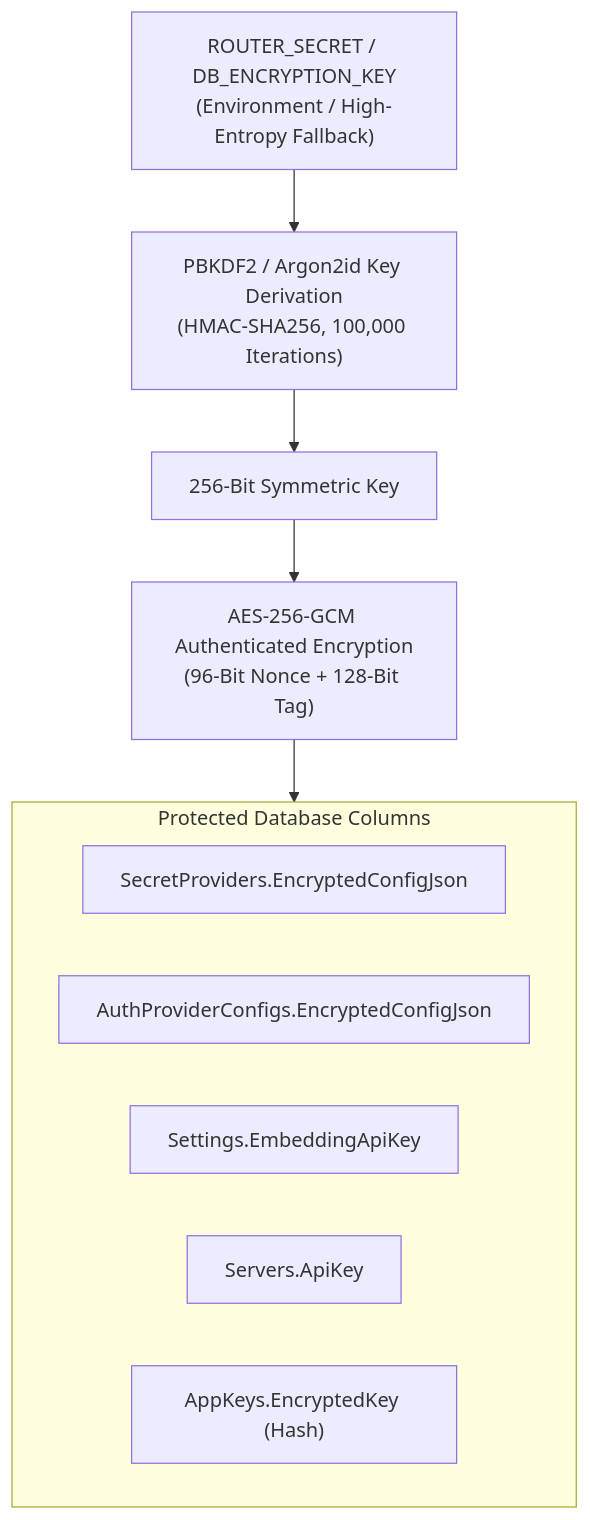
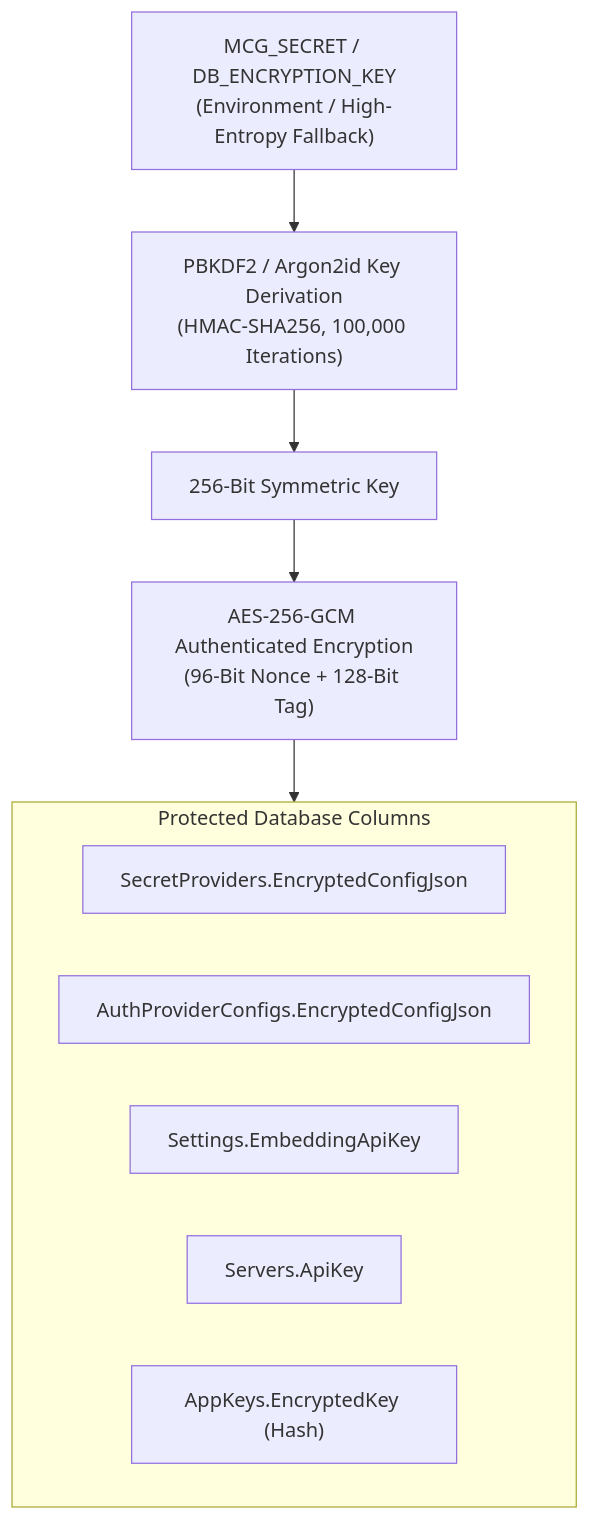
One commit to spelech/CSharp-MCP-Router changed the second of 2 diagrams in docs/data-model.md. Above: the diagram before and after it, drawn with Mermaid. The commit also changed 49 other files, not shown here.

Commit message:
refactor(config): remove legacy ROUTER_* fallbacks for clean v5.0.0 MCG_* cutover

````diff
--- a/docs/data-model.md
+++ b/docs/data-model.md
@@ -325,21 +325,21 @@
 ```mermaid
 graph TD
-    MasterKey["ROUTER_SECRET / DB_ENCRYPTION_KEY<br>(Environment / High-Entropy Fallback)"]
+    MasterKey["MCG_SECRET / DB_ENCRYPTION_KEY<br>(Environment / High-Entropy Fallback)"]
     KDF["PBKDF2 / Argon2id Key Derivation<br>(HMAC-SHA256, 100,000 Iterations)"]
     DerivedKey["256-Bit Symmetric Key"]
     AES["AES-256-GCM Authenticated Encryption<br>(96-Bit Nonce + 128-Bit Tag)"]
     
     MasterKey --> KDF
     KDF --> DerivedKey
     DerivedKey --> AES
     
     subgraph EncryptedColumns ["Protected Database Columns"]
         C1["SecretProviders.EncryptedConfigJson"]
         C2["AuthProviderConfigs.EncryptedConfigJson"]
         C3["Settings.EmbeddingApiKey"]
         C4["Servers.ApiKey"]
         C5["AppKeys.EncryptedKey (Hash)"]
     end
     
     AES --> EncryptedColumns
 ```
````
